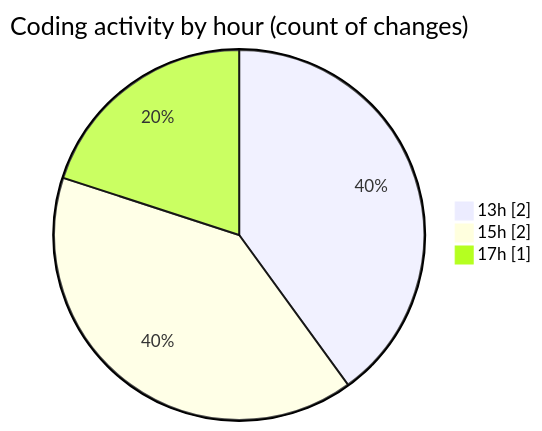
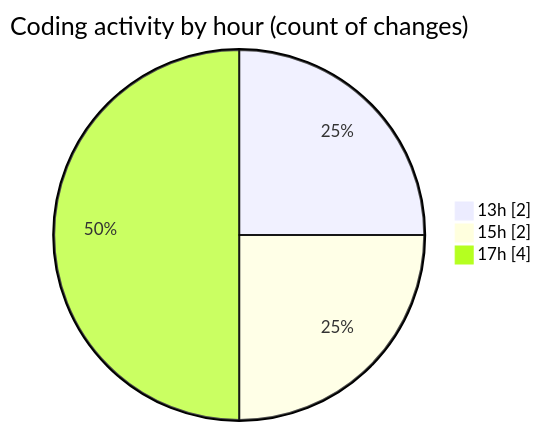
The second of 2 diagrams in 2025-06-23/archive/README.md (JenPaints/code-tracking), drawn with Mermaid before and after one commit. The commit also changed other lines of this file and 1 other file, not shown here.

````diff
--- a/2025-06-23/archive/README.md
+++ b/2025-06-23/archive/README.md
@@ -33,7 +35,7 @@
 ```mermaid
 pie showData
 title Coding activity by hour (count of changes)
 "13h" : 2
 "15h" : 2
-"17h" : 1
+"17h" : 4
 ```
````
